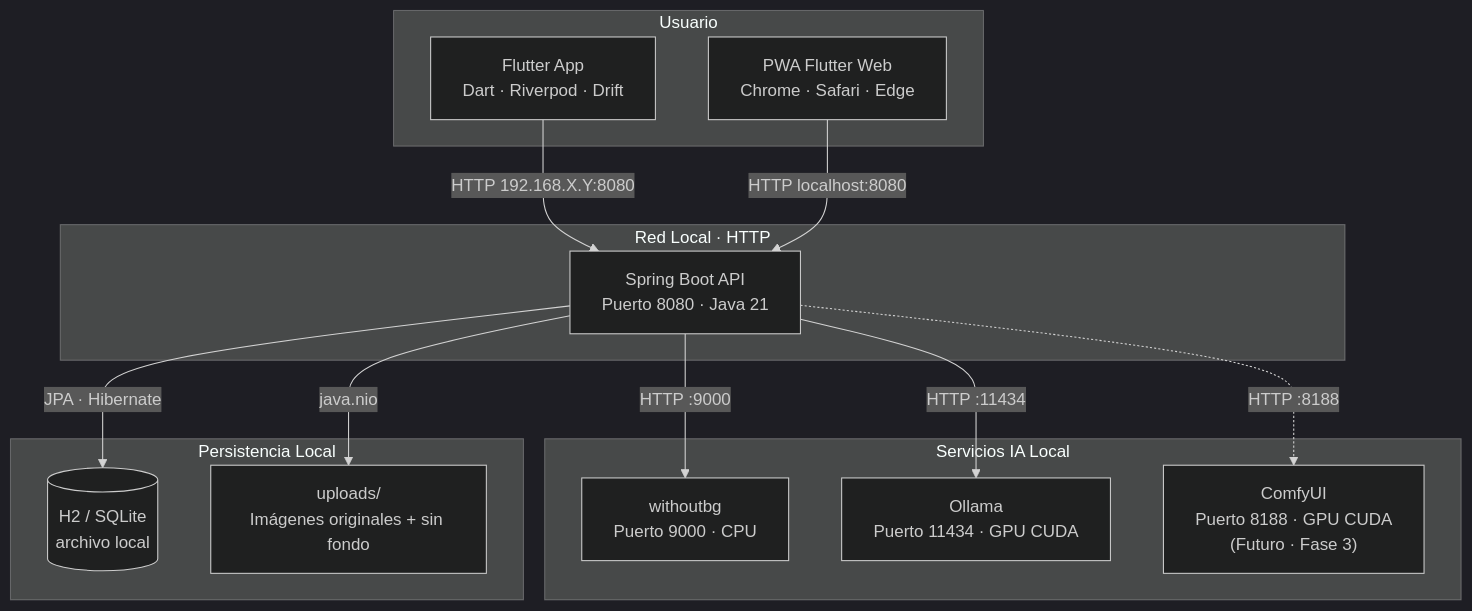
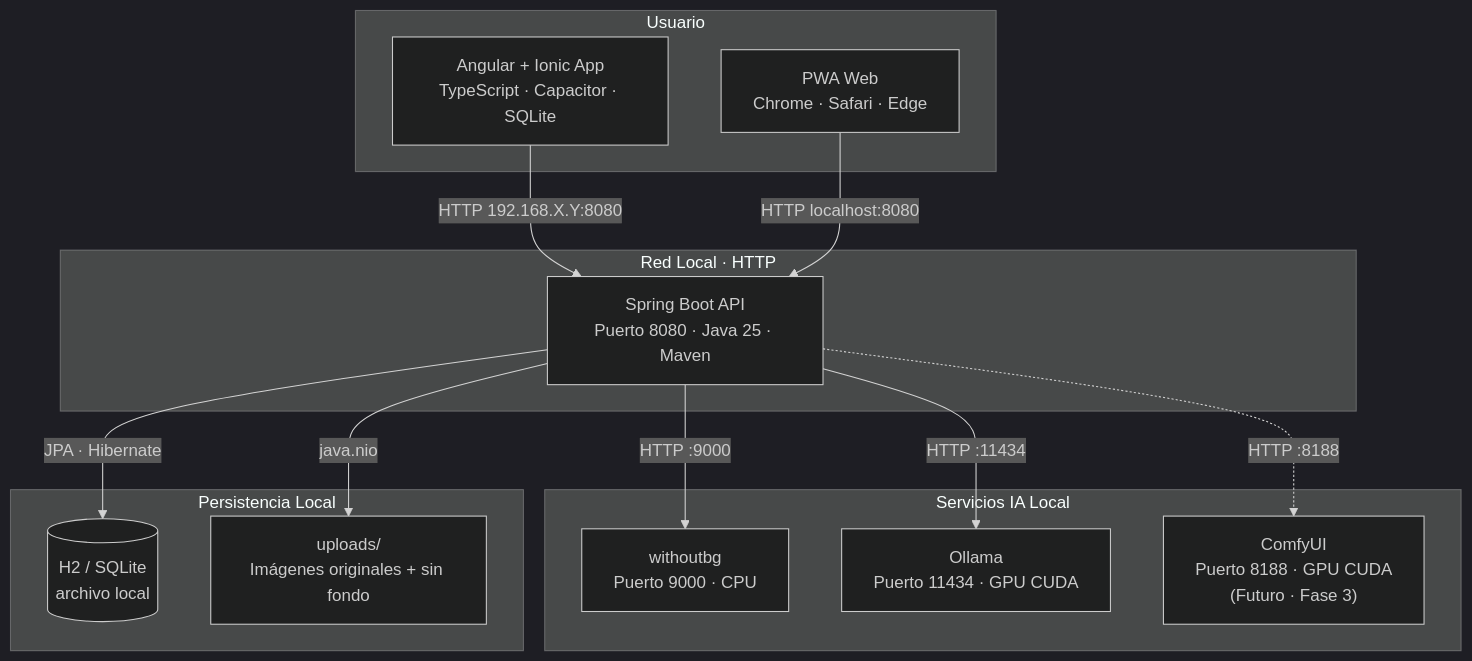
One commit to JkVely/Ofni-Maker changed the first of 3 diagrams in README.md. Above: the diagram before and after it, drawn with Mermaid (dark theme). The commit also changed other lines of this file, not shown here.

Commit message:
docs: update README with migrated Angular/Ionic frontend, Java 25 backend, and ML training stack details.

````diff
--- a/README.md
+++ b/README.md
@@ -28,30 +32,30 @@
 ```mermaid
 graph TB
     subgraph Usuario ["Usuario"]
-        Mobile["Flutter App\nDart · Riverpod · Drift"]
-        Web["PWA Flutter Web\nChrome · Safari · Edge"]
+        Mobile["Angular + Ionic App\nTypeScript · Capacitor · SQLite"]
+        Web["PWA Web\nChrome · Safari · Edge"]
     end
 
     subgraph Red ["Red Local · HTTP"]
-        API["Spring Boot API\nPuerto 8080 · Java 21"]
+        API["Spring Boot API\nPuerto 8080 · Java 25 · Maven"]
     end
 
     subgraph AI ["Servicios IA Local"]
         BG["withoutbg\nPuerto 9000 · CPU"]
         LLM["Ollama\nPuerto 11434 · GPU CUDA"]
         SD["ComfyUI\nPuerto 8188 · GPU CUDA\n(Futuro · Fase 3)"]
     end
 
     subgraph Data ["Persistencia Local"]
         DB[("H2 / SQLite\narchivo local")]
         FS["uploads/\nImágenes originales + sin fondo"]
     end
 
     Mobile -->|HTTP 192.168.X.Y:8080| API
     Web -->|HTTP localhost:8080| API
     API -->|HTTP :9000| BG
     API -->|HTTP :11434| LLM
     API -.->|HTTP :8188| SD
     API -->|JPA · Hibernate| DB
     API -->|java.nio| FS
 ```
````
